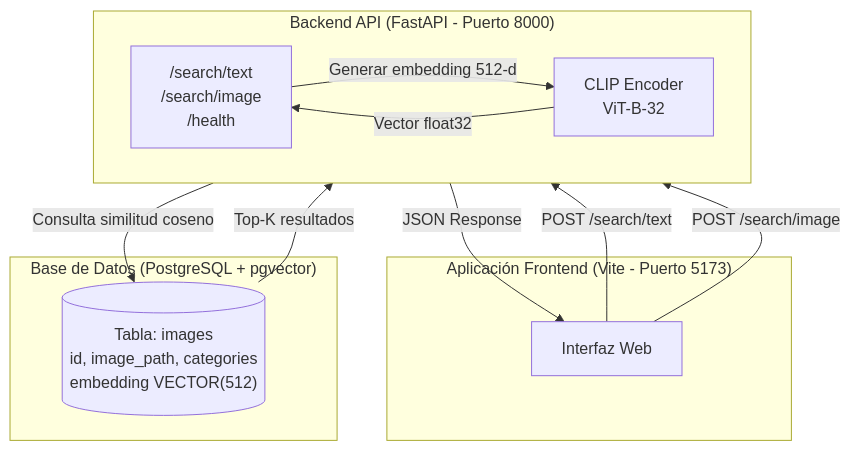
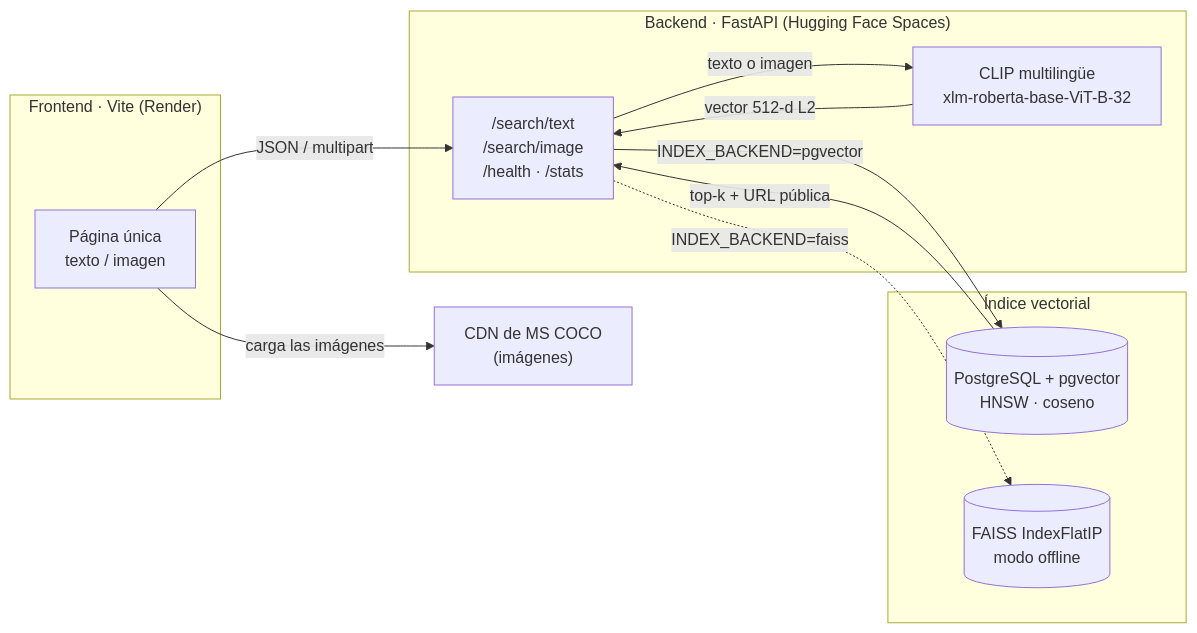
The diagram in README.md (gcdavidq/Project_imagen_search_system), drawn with Mermaid before and after one commit. The commit also changed other lines of this file and 41 other files, not shown here.

````diff
--- a/README.md
+++ b/README.md
@@ -16,25 +29,26 @@
 ```mermaid
-graph TD
-    subgraph Frontend["Aplicación Frontend (Vite - Puerto 5173)"]
-        UI[Interfaz Web]
+graph LR
+    subgraph Frontend["Frontend · Vite (Render)"]
+        UI["Página única<br/>texto / imagen"]
     end
 
-    subgraph Backend["Backend API (FastAPI - Puerto 8000)"]
-        direction LR
-        Routes["/search/text<br>/search/image<br>/health"]
-        CLIP["CLIP Encoder<br>ViT-B-32"]
+    subgraph Backend["Backend · FastAPI (Hugging Face Spaces)"]
+        API["/search/text<br/>/search/image<br/>/health · /stats"]
+        CLIP["CLIP multilingüe<br/>xlm-roberta-base-ViT-B-32"]
     end
 
-    subgraph Database["Base de Datos (PostgreSQL + pgvector)"]
-        PG[("Tabla: images<br>id, image_path, categories<br>embedding VECTOR(512)")]
+    subgraph Index["Índice vectorial"]
+        PG[("PostgreSQL + pgvector<br/>HNSW · coseno")]
+        FAISS[("FAISS IndexFlatIP<br/>modo offline")]
     end
 
-    UI -->|"POST /search/text"| Routes
-    UI -->|"POST /search/image"| Routes
+    COCO["CDN de MS COCO<br/>(imágenes)"]
 
-    Routes -->|"Generar embedding 512-d"| CLIP
-    CLIP -->|"Vector float32"| Routes
-    Routes -->|"Consulta similitud coseno"| PG
-    PG -->|"Top-K resultados"| Routes
-    Routes -->|"JSON Response"| UI
+    UI -- "JSON / multipart" --> API
+    API -- "texto o imagen" --> CLIP
+    CLIP -- "vector 512-d L2" --> API
+    API -- "INDEX_BACKEND=pgvector" --> PG
+    API -. "INDEX_BACKEND=faiss" .-> FAISS
+    PG -- "top-k + URL pública" --> API
+    UI -- "carga las imágenes" --> COCO
 ```
````
